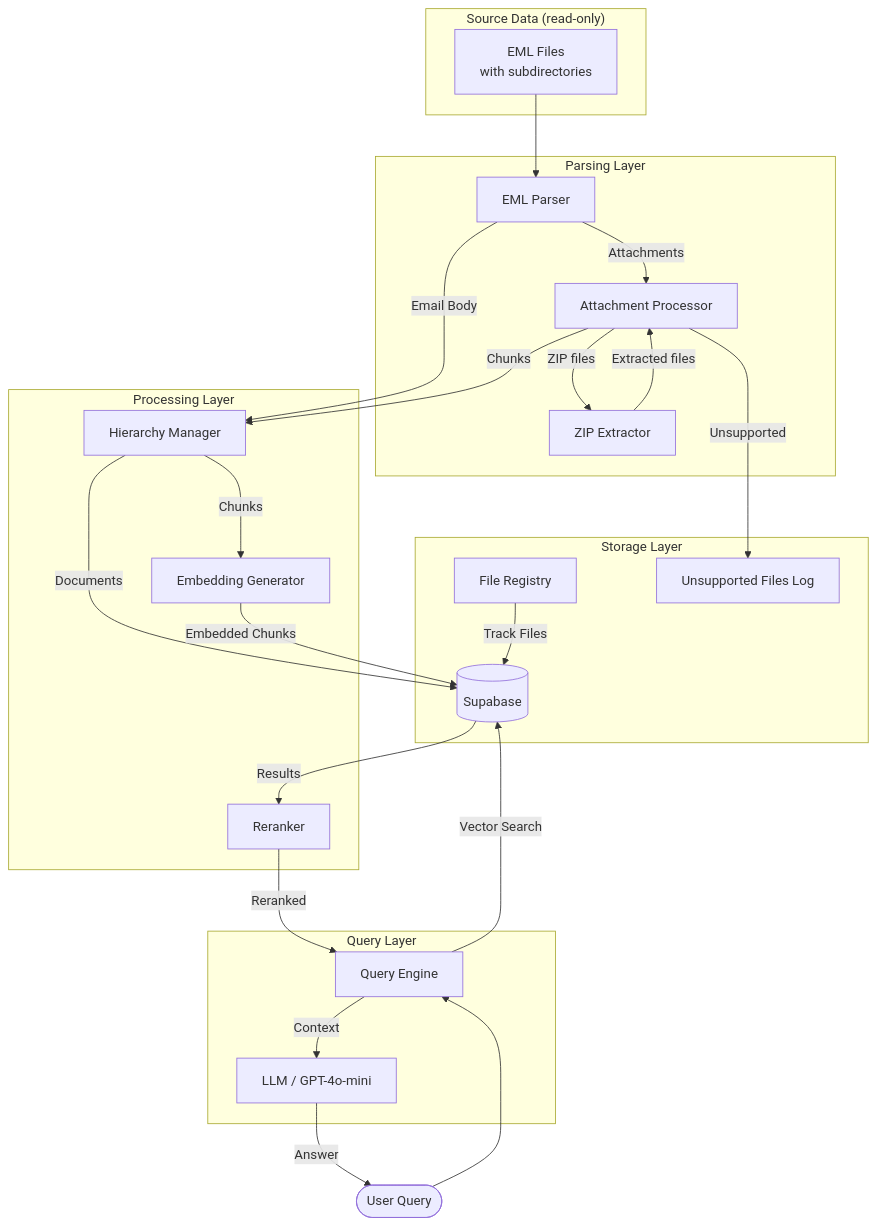
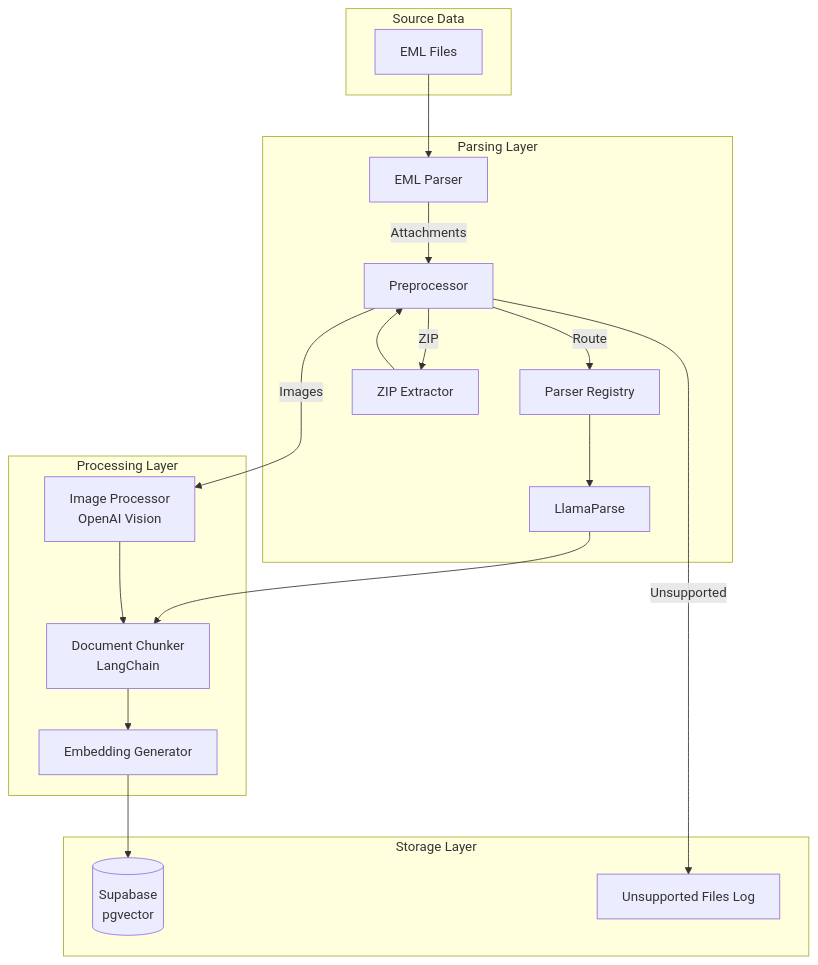
The first of 7 diagrams in docs/processing-flow.md (jwillmer/NCL), drawn with Mermaid before and after one commit. The commit also changed other lines of this file and 21 other files, not shown here.

Commit message:
parsing with llama parse

````diff
--- a/docs/processing-flow.md
+++ b/docs/processing-flow.md
@@ -32,48 +32,38 @@
 ```mermaid
 flowchart TB
-    subgraph Input["Source Data (read-only)"]
-        EML[EML Files<br/>with subdirectories]
+    subgraph Input["Source Data"]
+        EML[EML Files]
     end
 
     subgraph Parsing["Parsing Layer"]
         EP[EML Parser]
-        AP[Attachment Processor]
+        PP[Preprocessor]
+        PR[Parser Registry]
+        LP[LlamaParse]
         ZIP[ZIP Extractor]
     end
 
     subgraph Processing["Processing Layer"]
-        HM[Hierarchy Manager]
+        IP[Image Processor<br/>OpenAI Vision]
+        CH[Document Chunker<br/>LangChain]
         EMB[Embedding Generator]
-        RR[Reranker]
     end
 
     subgraph Storage["Storage Layer"]
-        DB[(Supabase)]
-        FR[File Registry]
+        DB[(Supabase<br/>pgvector)]
         UF[Unsupported Files Log]
     end
 
-    subgraph Query["Query Layer"]
-        QE[Query Engine]
-        LLM[LLM / GPT-4o-mini]
-    end
-
     EML --> EP
-    EP --> |Email Body| HM
-    EP --> |Attachments| AP
-    AP --> |ZIP files| ZIP
-    ZIP --> |Extracted files| AP
-    AP --> |Unsupported| UF
-    AP --> |Chunks| HM
-    HM --> |Documents| DB
-    HM --> |Chunks| EMB
-    EMB --> |Embedded Chunks| DB
-    FR --> |Track Files| DB
-
-    User([User Query]) --> QE
-    QE --> |Vector Search| DB
-    DB --> |Results| RR
-    RR --> |Reranked| QE
-    QE --> |Context| LLM
-    LLM --> |Answer| User
+    EP --> |Attachments| PP
+    PP --> |Route| PR
+    PP --> |Images| IP
+    PP --> |ZIP| ZIP
+    PR --> LP
+    ZIP --> PP
+    LP --> CH
+    IP --> CH
+    CH --> EMB
+    EMB --> DB
+    PP --> |Unsupported| UF
 ```
````
